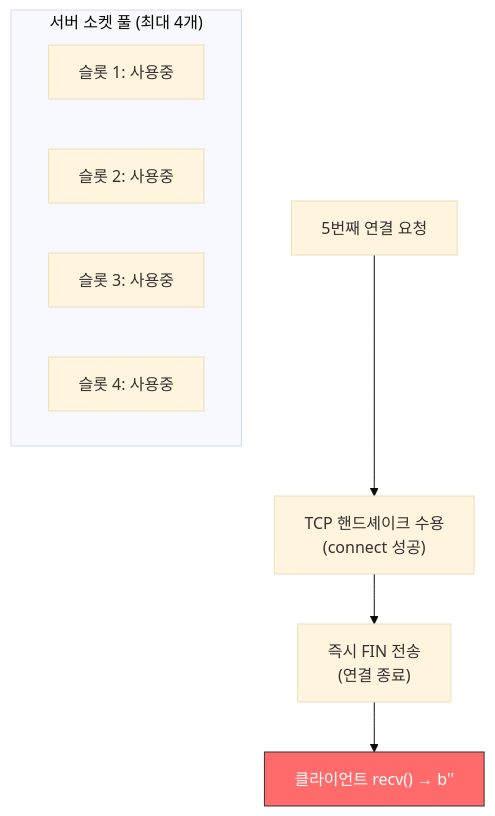
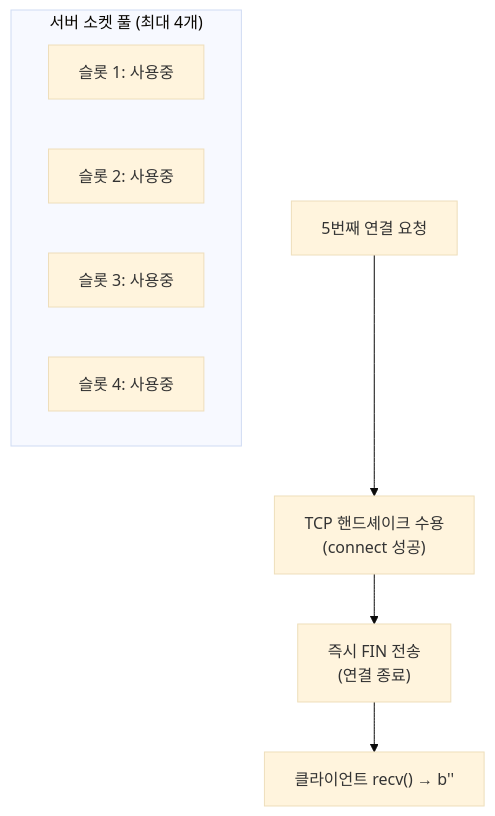
Before and after one commit to Gyubster/til: the second of 6 diagrams in _posts/2025-10-22-python-소켓-recv-디버깅-빈-바이트-헤더의-원인-분석.md, drawn with Mermaid (base theme). The commit also changed other lines of this file and 13 other files, not shown here.

Commit message:
Mermaid 렌더링 수정: subgraph style 명령 제거

````diff
--- a/_posts/2025-10-22-python-소켓-recv-디버깅-빈-바이트-헤더의-원인-분석.md
+++ b/_posts/2025-10-22-python-소켓-recv-디버깅-빈-바이트-헤더의-원인-분석.md
@@ -82,13 +81,12 @@
 ```mermaid
 flowchart TD
     subgraph pool["서버 소켓 풀 (최대 4개)"]
         S1["슬롯 1: 사용중"]
         S2["슬롯 2: 사용중"]
         S3["슬롯 3: 사용중"]
         S4["슬롯 4: 사용중"]
     end
     A["5번째 연결 요청"] --> B["TCP 핸드셰이크 수용<br>(connect 성공)"]
     B --> C["즉시 FIN 전송<br>(연결 종료)"]
     C --> D["클라이언트 recv() → b''"]
-    style D fill:#ff6b6b,stroke:#333,color:#fff
 ```
````
